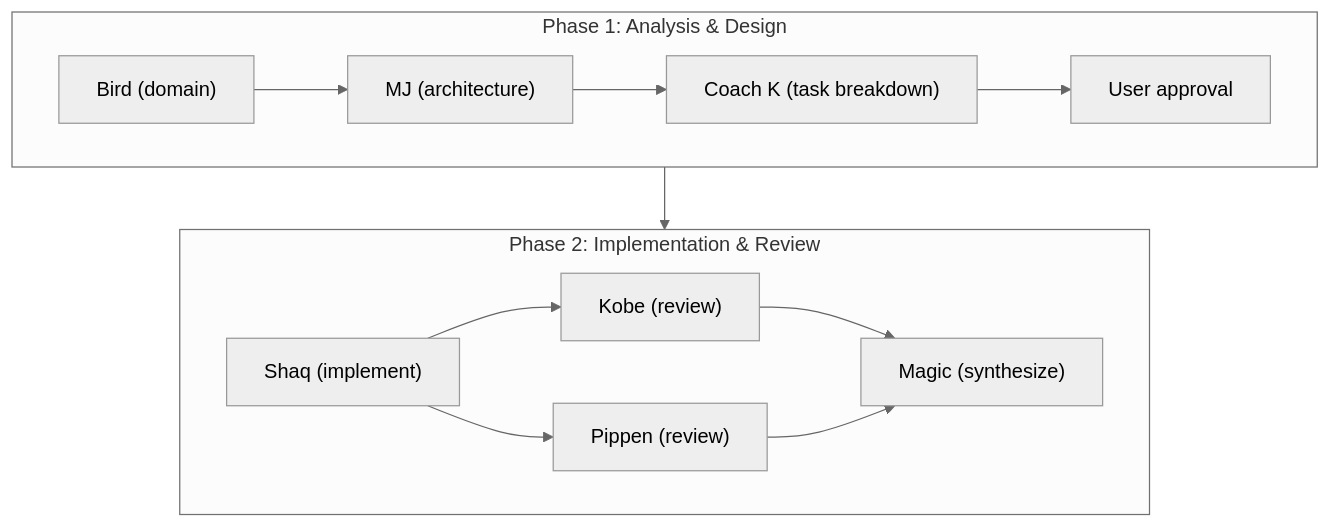
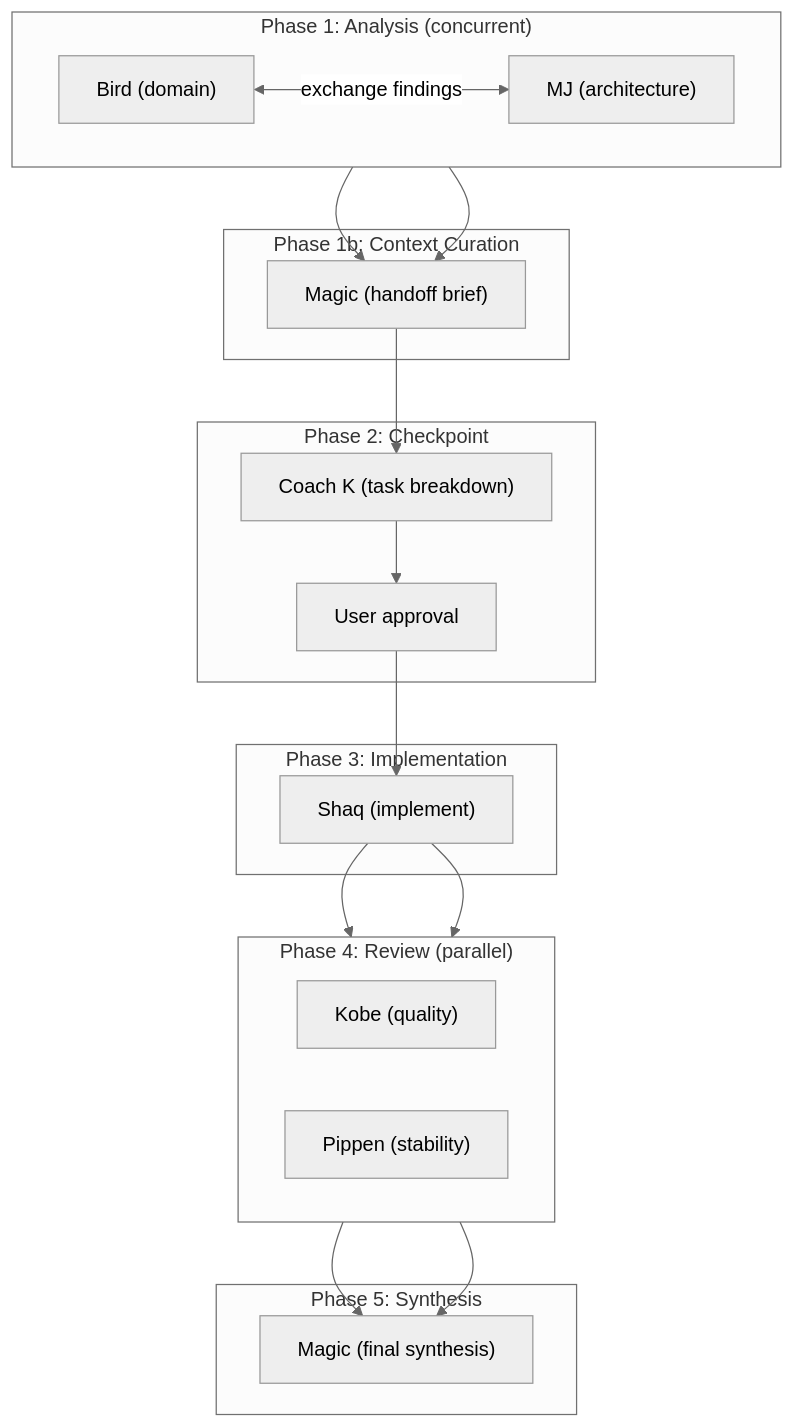
Before and after one commit to bondarewicz/dreamteam: the fourth of 4 diagrams in README.md, drawn with Mermaid (neutral theme). The commit also changed other lines of this file and 7 other files, not shown here.

Commit message:
feat: Agent schema, escalation protocol & confidence level

````diff
--- a/README.md
+++ b/README.md
@@ -201,17 +122,36 @@
 ```mermaid
 graph TD
-    subgraph Phase 1: Analysis & Design
+    subgraph "Phase 1: Analysis (concurrent)"
         direction LR
-        Bird["Bird (domain)"] --> MJ["MJ (architecture)"]
-        MJ --> Coach_K["Coach K (task breakdown)"]
-        Coach_K --> Approval[User approval]
+        Bird["Bird (domain)"]
+        MJ["MJ (architecture)"]
+        Bird <-->|exchange findings| MJ
     end
-    subgraph Phase 2: Implementation & Review
+    subgraph "Phase 1b: Context Curation"
+        Magic1["Magic (handoff brief)"]
+    end
+    subgraph "Phase 2: Checkpoint"
+        Coach_K["Coach K (task breakdown)"]
+        Approval[User approval]
+        Coach_K --> Approval
+    end
+    subgraph "Phase 3: Implementation"
+        Shaq["Shaq (implement)"]
+    end
+    subgraph "Phase 4: Review (parallel)"
         direction LR
-        Shaq["Shaq (implement)"] --> Kobe["Kobe (review)"]
-        Shaq --> Pippen["Pippen (review)"]
-        Kobe --> Magic["Magic (synthesize)"]
-        Pippen --> Magic
+        Kobe["Kobe (quality)"]
+        Pippen["Pippen (stability)"]
     end
+    subgraph "Phase 5: Synthesis"
+        Magic2["Magic (final synthesis)"]
+    end
+    Bird --> Magic1
+    MJ --> Magic1
+    Magic1 --> Coach_K
     Approval --> Shaq
+    Shaq --> Kobe
+    Shaq --> Pippen
+    Kobe --> Magic2
+    Pippen --> Magic2
 ```
````
